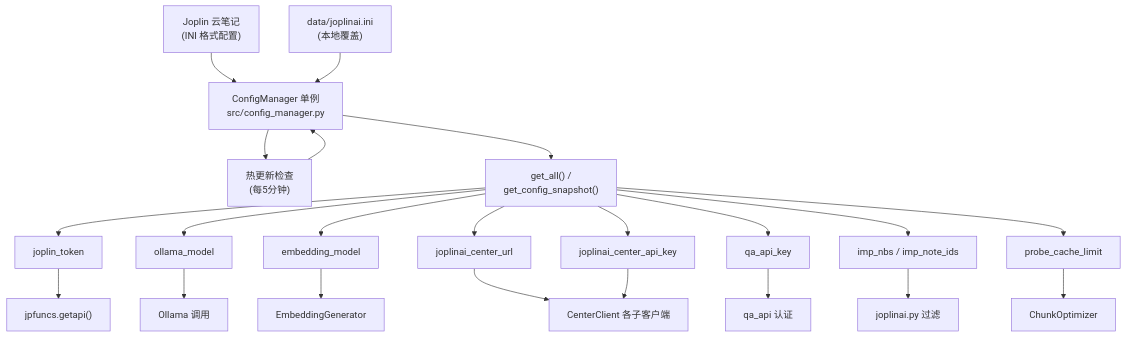
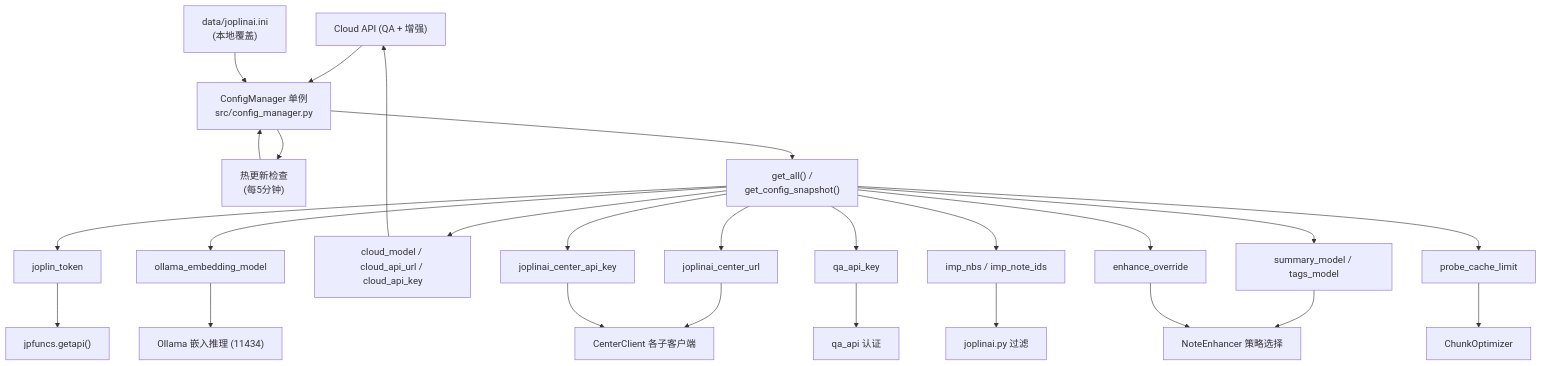
One commit to heart5/joplinai changed the eighth of 10 diagrams in docs/TECHNICAL_MANUAL.md. Above: the diagram before and after it, drawn with Mermaid. The commit also changed other lines of this file and 3 other files, not shown here.

````diff
--- a/docs/TECHNICAL_MANUAL.md
+++ b/docs/TECHNICAL_MANUAL.md
@@ -445,30 +450,34 @@
 ```mermaid
 flowchart TD
     CLOUD["Joplin 云笔记<br/>(INI 格式配置)"]
     LOCAL["data/joplinai.ini<br/>(本地覆盖)"]
 
     CLOUD --> CM["ConfigManager 单例<br/>src/config_manager.py"]
     LOCAL --> CM
 
     CM --> HOT["热更新检查<br/>(每5分钟)"]
     HOT --> CM
 
     CM --> GET_ALL["get_all() /<br/>get_config_snapshot()"]
     GET_ALL --> VALUE1["joplin_token"]
-    GET_ALL --> VALUE2["ollama_model"]
-    GET_ALL --> VALUE3["embedding_model"]
+    GET_ALL --> VALUE2["ollama_embedding_model"]
+    GET_ALL --> VALUE3["cloud_model / cloud_api_url / cloud_api_key"]
     GET_ALL --> VALUE4["joplinai_center_url"]
     GET_ALL --> VALUE5["joplinai_center_api_key"]
     GET_ALL --> VALUE6["qa_api_key"]
     GET_ALL --> VALUE7["imp_nbs / imp_note_ids"]
-    GET_ALL --> VALUE8["probe_cache_limit"]
+    GET_ALL --> VALUE8["summary_model / tags_model"]
+    GET_ALL --> VALUE9["enhance_override"]
+    GET_ALL --> VALUE10["probe_cache_limit"]
 
     VALUE1 --> JP["jpfuncs.getapi()"]
-    VALUE2 --> OLLAMA["Ollama 调用"]
-    VALUE3 --> EG["EmbeddingGenerator"]
+    VALUE2 --> OLLAMA["Ollama 嵌入推理 (11434)"]
+    VALUE3 --> CLOUD["Cloud API (QA + 增强)"]
     VALUE4 --> CC["CenterClient 各子客户端"]
     VALUE5 --> CC
     VALUE6 --> QA["qa_api 认证"]
     VALUE7 --> CLI["joplinai.py 过滤"]
-    VALUE8 --> CO["ChunkOptimizer"]
+    VALUE8 --> ENH["NoteEnhancer 策略选择"]
+    VALUE9 --> ENH
+    VALUE10 --> CO["ChunkOptimizer"]
 ```
````
